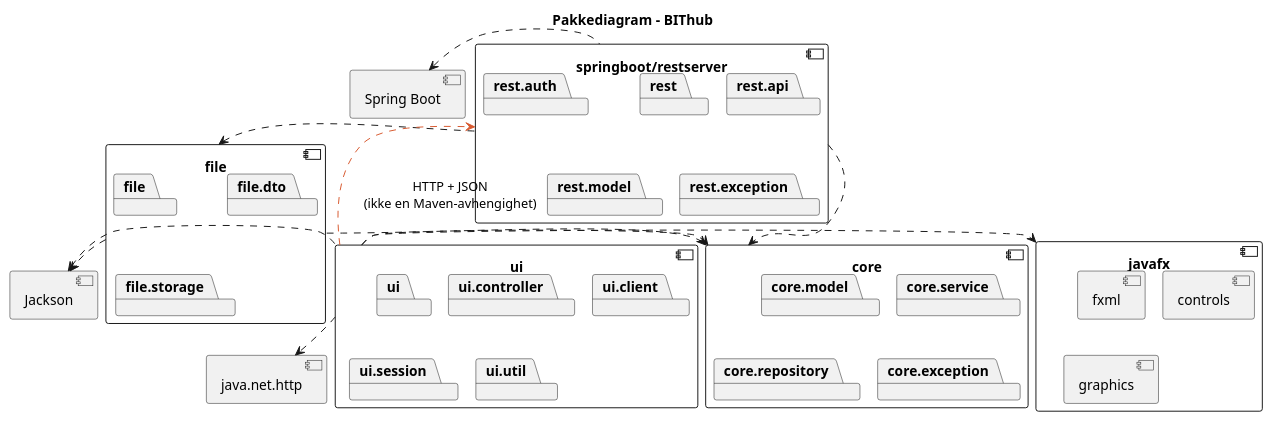
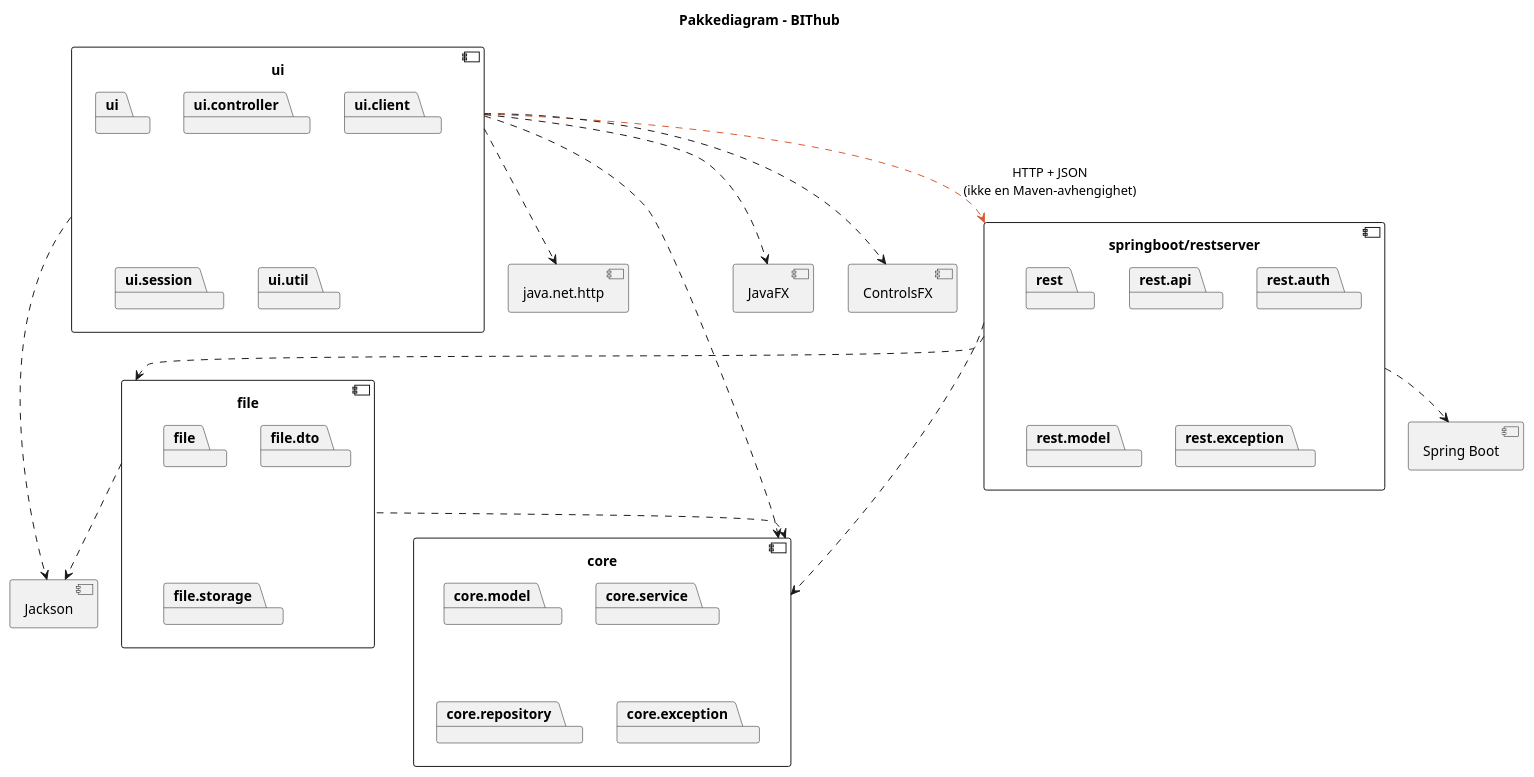
The diagram in arkitektur/pakkeDiagram.puml (JesperBarosen/BIThub), drawn with PlantUML before and after one commit. The commit also changed 11 other files, not shown here.

First line of the commit message:
Rydd i UML-diagrammene og vis 409

```diff
--- a/arkitektur/pakkeDiagram.puml
+++ b/arkitektur/pakkeDiagram.puml
@@ -1,61 +1,53 @@
 @startuml pakkeDiagram
-!pragma layout smetana
+set separator none
 
 title Pakkediagram - BIThub
 
-component "Spring Boot" as springboot
+component "ui" as uiModul {
+    package ui
+    package ui.controller
+    package ui.client
+    package ui.session
+    package ui.util
+}
 
 component "springboot/restserver" as restModul {
     package rest
     package rest.api
     package rest.auth
     package rest.model
     package rest.exception
 }
 
 component "file" as fileModul {
     package file
     package file.dto
     package file.storage
 }
 
-component Jackson
-
-component "ui" as uiModul {
-    package ui
-    package ui.controller
-    package ui.client
-    package ui.session
-    package ui.util
-}
-
 component "core" as coreModul {
     package core.model
     package core.service
     package core.repository
     package core.exception
 }
 
-component javafx {
-    component fxml
-    component controls
-    component graphics
-}
+component "JavaFX" as javafx
+component "ControlsFX" as controlsfx
+component "java.net.http" as httpClient
+component "Jackson" as jackson
+component "Spring Boot" as springboot
 
-component "java.net.http" as httpClient
+uiModul .right[#D85A30].> restModul : HTTP + JSON\n(ikke en Maven-avhengighet)
+uiModul ..> coreModul
+restModul ..> fileModul
+restModul ..> coreModul
+fileModul ..> coreModul
 
-restModul .left.> springboot
-restModul .down.> fileModul
-restModul .down.> coreModul
-
-fileModul .down.> coreModul
-fileModul .down.> Jackson
-
-uiModul .right.> coreModul
-uiModul .up.> Jackson
-uiModul .right.> javafx
-uiModul .down.> httpClient
-
-uiModul .[#D85A30].> restModul : HTTP + JSON\n(ikke en Maven-avhengighet)
-
+uiModul ..> javafx
+uiModul ..> controlsfx
+uiModul ..> httpClient
+uiModul ..> jackson
+fileModul ..> jackson
+restModul ..> springboot
 @enduml
```
